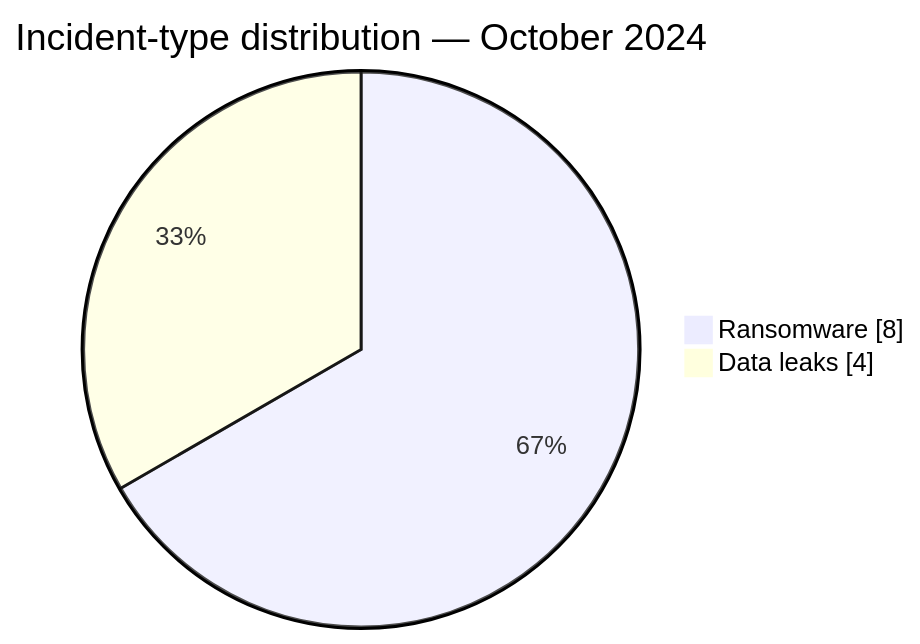
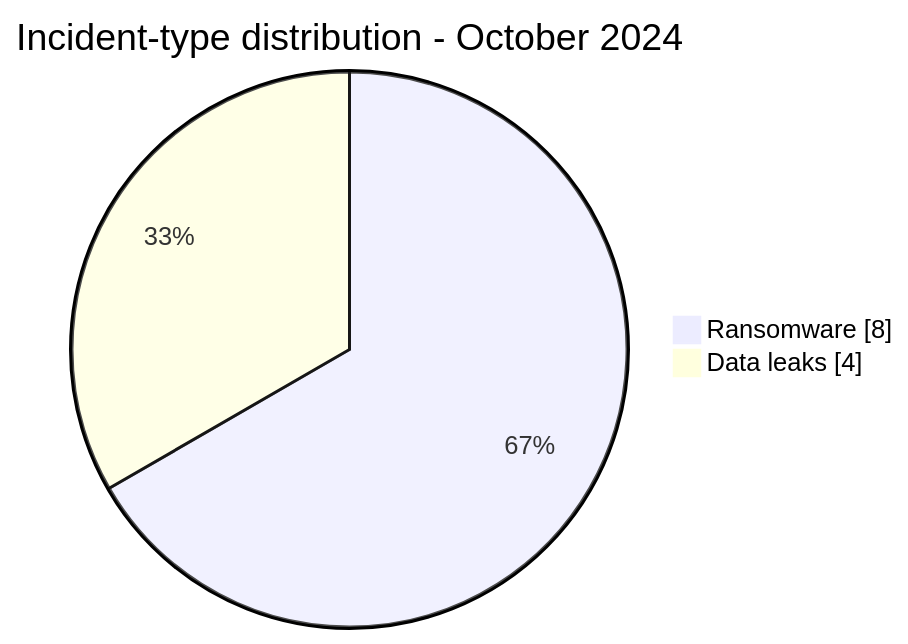
Before and after one commit to Hatchepsoute/AFRINTEL: the second of 2 diagrams in CyberAttackAfrica/2024/10-october/README.md, drawn with Mermaid. The commit also changed other lines of this file and 182 other files, not shown here.

````diff
--- a/CyberAttackAfrica/2024/10-october/README.md
+++ b/CyberAttackAfrica/2024/10-october/README.md
@@ -55,6 +55,6 @@
 ```mermaid
 pie showData
-    title Incident-type distribution — October 2024
+    title Incident-type distribution - October 2024
     "Ransomware" : 8
     "Data leaks" : 4
 ```
````
